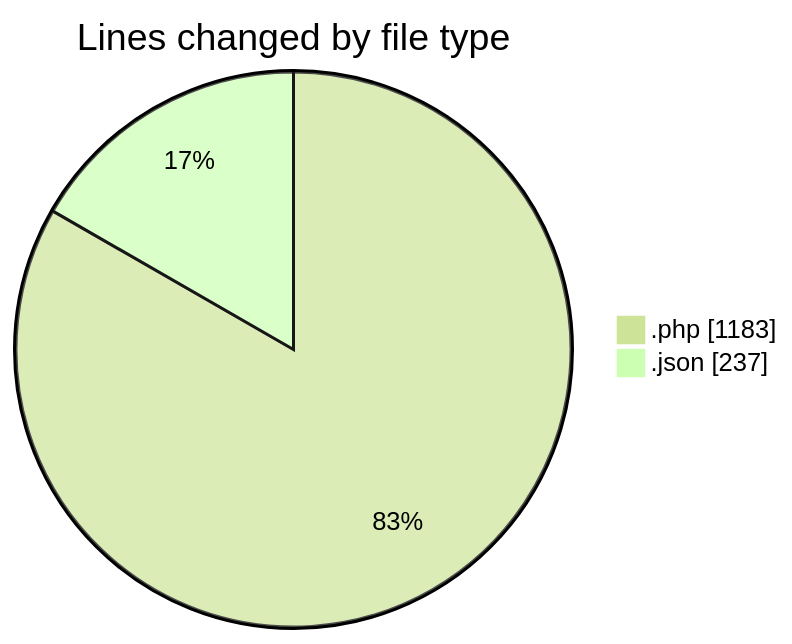
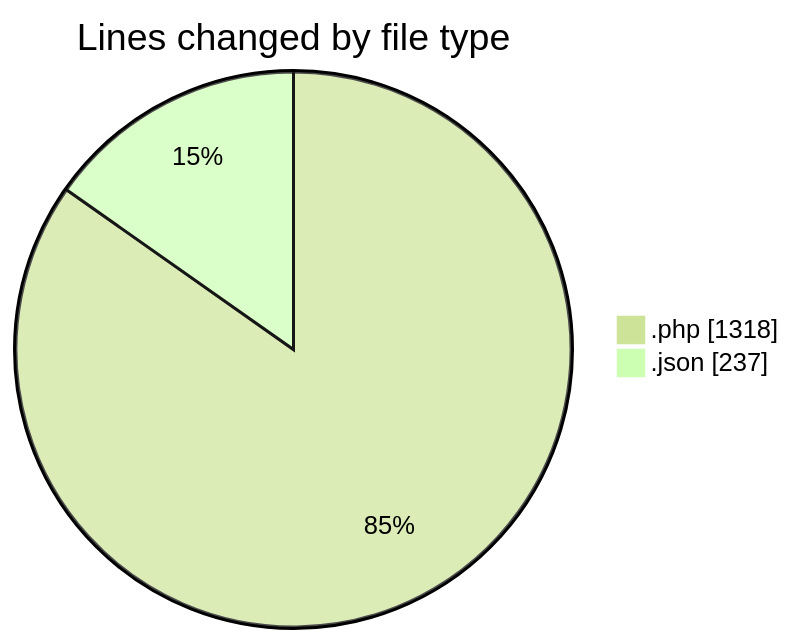
Before and after one commit to idhammustaqopulfikri/code-tracking: the first of 2 diagrams in 2025-06-16/studio-backend/README.md, drawn with Mermaid (forest theme). The commit also changed other lines of this file and 1 other file, not shown here.

````diff
--- a/2025-06-16/studio-backend/README.md
+++ b/2025-06-16/studio-backend/README.md
@@ -26,6 +28,6 @@
 ```mermaid
 pie showData
 title Lines changed by file type
-".php" : 1183
+".php" : 1318
 ".json" : 237
 ```
````
